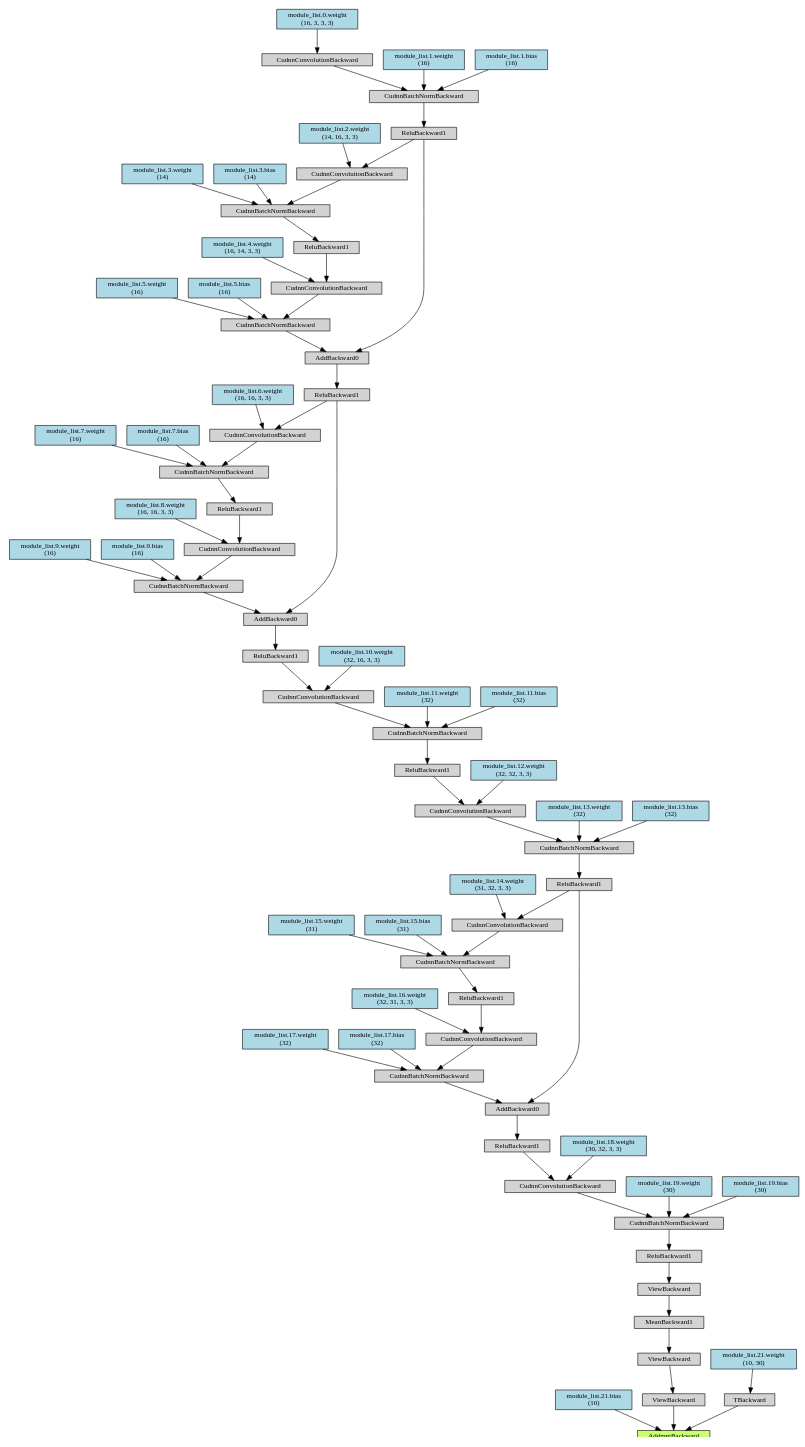
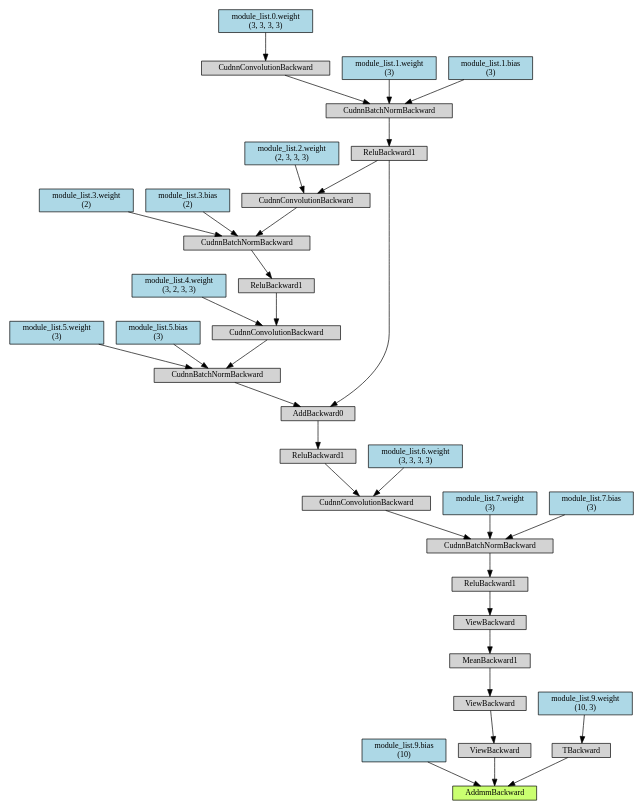
Before and after one commit to j3ssi/MA_Source: the diagram in PruneTrain24_0.dot, drawn with Graphviz. The commit also changed 191 other files, not shown here.

```diff
--- a/PruneTrain24_0.dot
+++ b/PruneTrain24_0.dot
@@ -1,180 +1,84 @@
 digraph {
-	graph [size="21.599999999999998,21.599999999999998"]
+	graph [size="12,12"]
 	node [align=left fontsize=12 height=0.2 ranksep=0.1 shape=box style=filled]
-	140712356650064 [label=AddmmBackward fillcolor=darkolivegreen1]
-	140712257084888 -> 140712356650064
-	140712257084888 [label="module_list.21.bias
+	140678376946208 [label=AddmmBackward fillcolor=darkolivegreen1]
+	140678376946152 -> 140678376946208
+	140678376946152 [label="module_list.9.bias
  (10)" fillcolor=lightblue]
-	140712257083096 -> 140712356650064
-	140712257083096 [label=ViewBackward]
-	140712256399288 -> 140712257083096
-	140712256399288 [label=ViewBackward]
-	140712256401248 -> 140712256399288
-	140712256401248 [label=MeanBackward1]
-	140712256398728 -> 140712256401248
-	140712256398728 [label=ViewBackward]
-	140712256401360 -> 140712256398728
-	140712256401360 [label=ReluBackward1]
-	140712256398952 -> 140712256401360
-	140712256398952 [label=CudnnBatchNormBackward]
-	140712256398896 -> 140712256398952
-	140712256398896 [label=CudnnConvolutionBackward]
-	140712256400744 -> 140712256398896
-	140712256400744 [label=ReluBackward1]
-	140712256400576 -> 140712256400744
-	140712256400576 [label=AddBackward0]
-	140712256400520 -> 140712256400576
-	140712256400520 [label=ReluBackward1]
-	140712256400408 -> 140712256400520
-	140712256400408 [label=CudnnBatchNormBackward]
-	140712256398224 -> 140712256400408
-	140712256398224 [label=CudnnConvolutionBackward]
-	140712256400184 -> 140712256398224
-	140712256400184 [label=ReluBackward1]
-	140712256398056 -> 140712256400184
-	140712256398056 [label=CudnnBatchNormBackward]
-	140712256400016 -> 140712256398056
-	140712256400016 [label=CudnnConvolutionBackward]
-	140712256397832 -> 140712256400016
-	140712256397832 [label=ReluBackward1]
-	140712256399792 -> 140712256397832
-	140712256399792 [label=AddBackward0]
-	140712256397664 -> 140712256399792
-	140712256397664 [label=ReluBackward1]
-	140712256397496 -> 140712256397664
-	140712256397496 [label=AddBackward0]
-	140712256399456 -> 140712256397496
-	140712256399456 [label=ReluBackward1]
-	140712256399568 -> 140712256399456
-	140712256399568 [label=CudnnBatchNormBackward]
-	140712256400632 -> 140712256399568
-	140712256400632 [label=CudnnConvolutionBackward]
-	140712256399232 -> 140712256400632
-	140712256399232 [label="module_list.0.weight
- (16, 3, 3, 3)" fillcolor=lightblue]
-	140712256398448 -> 140712256399568
-	140712256398448 [label="module_list.1.weight
- (16)" fillcolor=lightblue]
-	140712256399624 -> 140712256399568
-	140712256399624 [label="module_list.1.bias
- (16)" fillcolor=lightblue]
-	140712256397384 -> 140712256397496
-	140712256397384 [label=CudnnBatchNormBackward]
-	140712256401304 -> 140712256397384
-	140712256401304 [label=CudnnConvolutionBackward]
-	140711023734856 -> 140712256401304
-	140711023734856 [label=ReluBackward1]
-	140711023735080 -> 140711023734856
-	140711023735080 [label=CudnnBatchNormBackward]
-	140711023735192 -> 140711023735080
-	140711023735192 [label=CudnnConvolutionBackward]
-	140712256399456 -> 140711023735192
-	140711023735416 -> 140711023735192
-	140711023735416 [label="module_list.2.weight
- (14, 16, 3, 3)" fillcolor=lightblue]
-	140711023735248 -> 140711023735080
-	140711023735248 [label="module_list.3.weight
- (14)" fillcolor=lightblue]
-	140711023735304 -> 140711023735080
-	140711023735304 [label="module_list.3.bias
- (14)" fillcolor=lightblue]
-	140711023734968 -> 140712256401304
-	140711023734968 [label="module_list.4.weight
- (16, 14, 3, 3)" fillcolor=lightblue]
-	140712256398672 -> 140712256397384
-	140712256398672 [label="module_list.5.weight
- (16)" fillcolor=lightblue]
-	140712256400912 -> 140712256397384
-	140712256400912 [label="module_list.5.bias
- (16)" fillcolor=lightblue]
-	140712256399680 -> 140712256399792
-	140712256399680 [label=CudnnBatchNormBackward]
-	140712256399512 -> 140712256399680
-	140712256399512 [label=CudnnConvolutionBackward]
-	140711023735360 -> 140712256399512
-	140711023735360 [label=ReluBackward1]
-	140711023735584 -> 140711023735360
-	140711023735584 [label=CudnnBatchNormBackward]
-	140711023735528 -> 140711023735584
-	140711023735528 [label=CudnnConvolutionBackward]
-	140712256397664 -> 140711023735528
-	140711023735864 -> 140711023735528
-	140711023735864 [label="module_list.6.weight
- (16, 16, 3, 3)" fillcolor=lightblue]
-	140711023735696 -> 140711023735584
-	140711023735696 [label="module_list.7.weight
- (16)" fillcolor=lightblue]
-	140711023735752 -> 140711023735584
-	140711023735752 [label="module_list.7.bias
- (16)" fillcolor=lightblue]
-	140711023735472 -> 140712256399512
-	140711023735472 [label="module_list.8.weight
- (16, 16, 3, 3)" fillcolor=lightblue]
-	140712256399400 -> 140712256399680
-	140712256399400 [label="module_list.9.weight
- (16)" fillcolor=lightblue]
-	140711023734912 -> 140712256399680
-	140711023734912 [label="module_list.9.bias
- (16)" fillcolor=lightblue]
-	140712256397776 -> 140712256400016
-	140712256397776 [label="module_list.10.weight
- (32, 16, 3, 3)" fillcolor=lightblue]
-	140712256397944 -> 140712256398056
-	140712256397944 [label="module_list.11.weight
- (32)" fillcolor=lightblue]
-	140712256399960 -> 140712256398056
-	140712256399960 [label="module_list.11.bias
- (32)" fillcolor=lightblue]
-	140712256398112 -> 140712256398224
-	140712256398112 [label="module_list.12.weight
- (32, 32, 3, 3)" fillcolor=lightblue]
-	140712256398280 -> 140712256400408
-	140712256398280 [label="module_list.13.weight
- (32)" fillcolor=lightblue]
-	140712256400296 -> 140712256400408
-	140712256400296 [label="module_list.13.bias
- (32)" fillcolor=lightblue]
-	140712256400464 -> 140712256400576
-	140712256400464 [label=CudnnBatchNormBackward]
-	140712256398336 -> 140712256400464
-	140712256398336 [label=CudnnConvolutionBackward]
-	140712256399848 -> 140712256398336
-	140712256399848 [label=ReluBackward1]
-	140712256397720 -> 140712256399848
-	140712256397720 [label=CudnnBatchNormBackward]
-	140711023735136 -> 140712256397720
-	140711023735136 [label=CudnnConvolutionBackward]
-	140712256400520 -> 140711023735136
-	140711023736032 -> 140711023735136
-	140711023736032 [label="module_list.14.weight
- (31, 32, 3, 3)" fillcolor=lightblue]
-	140711023735808 -> 140712256397720
-	140711023735808 [label="module_list.15.weight
- (31)" fillcolor=lightblue]
-	140711023735920 -> 140712256397720
-	140711023735920 [label="module_list.15.bias
- (31)" fillcolor=lightblue]
-	140712256400072 -> 140712256398336
-	140712256400072 [label="module_list.16.weight
- (32, 31, 3, 3)" fillcolor=lightblue]
-	140712256398168 -> 140712256400464
-	140712256398168 [label="module_list.17.weight
- (32)" fillcolor=lightblue]
-	140712256400128 -> 140712256400464
-	140712256400128 [label="module_list.17.bias
- (32)" fillcolor=lightblue]
-	140712256398616 -> 140712256398896
-	140712256398616 [label="module_list.18.weight
- (30, 32, 3, 3)" fillcolor=lightblue]
-	140712256398840 -> 140712256398952
-	140712256398840 [label="module_list.19.weight
- (30)" fillcolor=lightblue]
-	140712256400856 -> 140712256398952
-	140712256400856 [label="module_list.19.bias
- (30)" fillcolor=lightblue]
-	140712257084048 -> 140712356650064
-	140712257084048 [label=TBackward]
-	140712256399344 -> 140712257084048
-	140712256399344 [label="module_list.21.weight
- (10, 30)" fillcolor=lightblue]
+	140678376944752 -> 140678376946208
+	140678376944752 [label=ViewBackward]
+	140678376945256 -> 140678376944752
+	140678376945256 [label=ViewBackward]
+	140678376944360 -> 140678376945256
+	140678376944360 [label=MeanBackward1]
+	140678376943912 -> 140678376944360
+	140678376943912 [label=ViewBackward]
+	140678376947048 -> 140678376943912
+	140678376947048 [label=ReluBackward1]
+	140678376945872 -> 140678376947048
+	140678376945872 [label=CudnnBatchNormBackward]
+	140678376944920 -> 140678376945872
+	140678376944920 [label=CudnnConvolutionBackward]
+	140678376946040 -> 140678376944920
+	140678376946040 [label=ReluBackward1]
+	140678376946824 -> 140678376946040
+	140678376946824 [label=AddBackward0]
+	140678376946600 -> 140678376946824
+	140678376946600 [label=ReluBackward1]
+	140678376946376 -> 140678376946600
+	140678376946376 [label=CudnnBatchNormBackward]
+	140678376944248 -> 140678376946376
+	140678376944248 [label=CudnnConvolutionBackward]
+	140678376943856 -> 140678376944248
+	140678376943856 [label="module_list.0.weight
+ (3, 3, 3, 3)" fillcolor=lightblue]
+	140678376946880 -> 140678376946376
+	140678376946880 [label="module_list.1.weight
+ (3)" fillcolor=lightblue]
+	140678376945928 -> 140678376946376
+	140678376945928 [label="module_list.1.bias
+ (3)" fillcolor=lightblue]
+	140678376946488 -> 140678376946824
+	140678376946488 [label=CudnnBatchNormBackward]
+	140678376945648 -> 140678376946488
+	140678376945648 [label=CudnnConvolutionBackward]
+	140678376947664 -> 140678376945648
+	140678376947664 [label=ReluBackward1]
+	140678376947216 -> 140678376947664
+	140678376947216 [label=CudnnBatchNormBackward]
+	140678376944304 -> 140678376947216
+	140678376944304 [label=CudnnConvolutionBackward]
+	140678376946600 -> 140678376944304
+	140678376945088 -> 140678376944304
+	140678376945088 [label="module_list.2.weight
+ (2, 3, 3, 3)" fillcolor=lightblue]
+	140678376945816 -> 140678376947216
+	140678376945816 [label="module_list.3.weight
+ (2)" fillcolor=lightblue]
+	140678376947384 -> 140678376947216
+	140678376947384 [label="module_list.3.bias
+ (2)" fillcolor=lightblue]
+	140678376946936 -> 140678376945648
+	140678376946936 [label="module_list.4.weight
+ (3, 2, 3, 3)" fillcolor=lightblue]
+	140678376946264 -> 140678376946488
+	140678376946264 [label="module_list.5.weight
+ (3)" fillcolor=lightblue]
+	140678376946096 -> 140678376946488
+	140678376946096 [label="module_list.5.bias
+ (3)" fillcolor=lightblue]
+	140678376944416 -> 140678376944920
+	140678376944416 [label="module_list.6.weight
+ (3, 3, 3, 3)" fillcolor=lightblue]
+	140678376944976 -> 140678376945872
+	140678376944976 [label="module_list.7.weight
+ (3)" fillcolor=lightblue]
+	140678376946320 -> 140678376945872
+	140678376946320 [label="module_list.7.bias
+ (3)" fillcolor=lightblue]
+	140678376946656 -> 140678376946208
+	140678376946656 [label=TBackward]
+	140678376945368 -> 140678376946656
+	140678376945368 [label="module_list.9.weight
+ (10, 3)" fillcolor=lightblue]
 }
```
